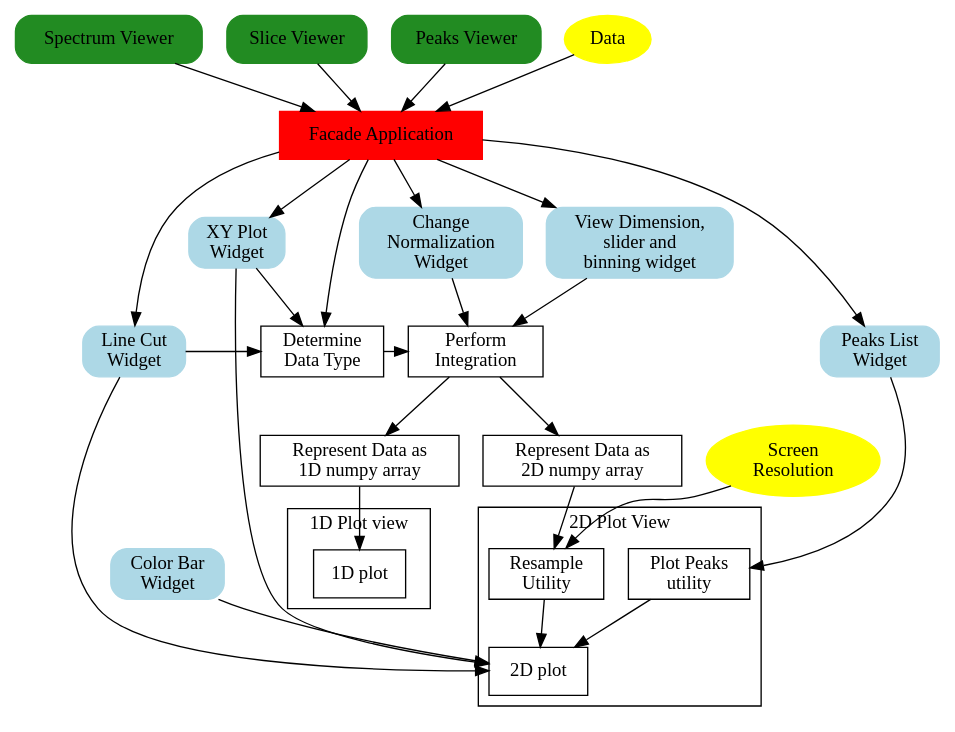
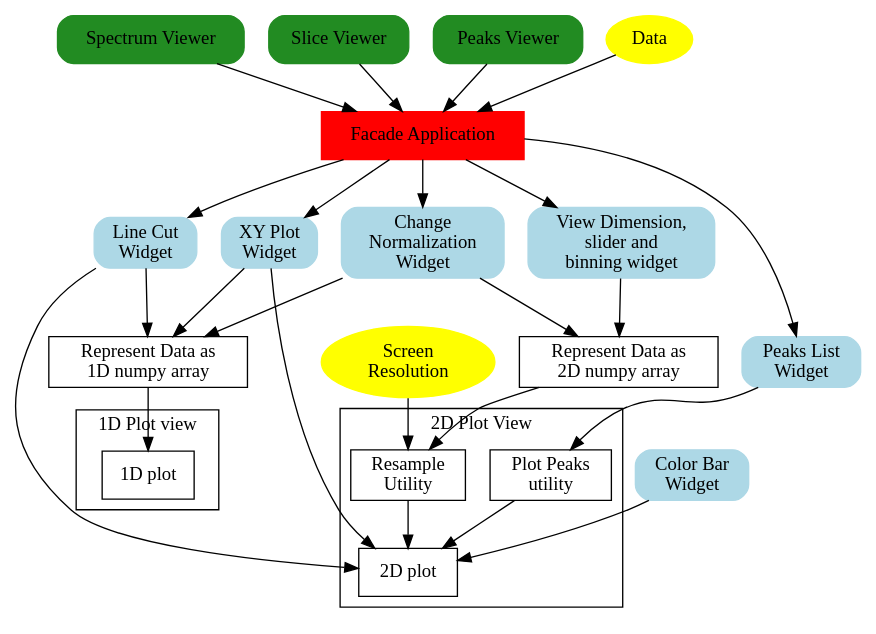
One commit to mantidproject/documents changed the diagram in Design/Workbench/Sliceviewer/widget_design.dot. Above: the diagram before and after it, drawn with Graphviz.

Commit message:
updated diagram to show spectrum viewer will not integrate data

```diff
--- a/Design/Workbench/Sliceviewer/widget_design.dot
+++ b/Design/Workbench/Sliceviewer/widget_design.dot
@@ -1,72 +1,73 @@
 digraph DiagramName{
 subgraph Apps{
 node [shape="box"color="forestgreen",style="rounded,filled"]
 Spec_view [label="Spectrum Viewer"]
 Slice_view [label="Slice Viewer"]
 Peaks_view [label="Peaks Viewer"]
 }
 Subgraph Widgets{
 node [shape="box"color="lightblue",style="rounded,filled"]
 
 color_bar_wid [label="Color Bar\nWidget"]
 XY_cut_wid [label="XY Plot\n Widget"]
 line_cut_wid [label="Line Cut\n Widget"]
 peaks_list_widget [label="Peaks List\n Widget"]
 dim_slide_widget [label="View Dimension, \nslider and \nbinning widget"]
 change_norm_wid [label="Change\n Normalization\n Widget"]
 }
 Subgraph Main_Facade{
 node [shape="box" color="red" style="filled"]
 Facade_App [label = "Facade Application"]
 }
 
 Subgraph Util{
 node [shape="box"]
 resample_util [label="Resample\n Utility"]
 Data_conv [label="Represent Data as\n 2D numpy array"]
 Data_conv1 [label="Represent Data as\n 1D numpy array"]
 plot_peaks [label="Plot Peaks\n utility"]
 mpl_wid [label="2D plot "]
 OneD_Plot[label="1D plot"]
-data_type [label="Determine\nData Type"]
-integration [label="Perform\n Integration"]
+#data_type [label="Determine\nData Type"]
+#integration [label="Perform\n Integration"]
+
 }
-subgraph level_group{
+/* subgraph level_group{
 rank=same
 integration
 peaks_list_widget
 line_cut_wid
 data_type
-}
+} */
 
 subgraph cluster_plot_2d{
 label="2D Plot View"
  resample_util
  plot_peaks
  mpl_wid
 }
 subgraph cluster_plot_1d{
 label="1D Plot view"
   OneD_Plot
 }
 
 subgraph info{
 node [color="yellow"style="filled"]
 Data [label="Data"]
 Screen_res [label="Screen\nResolution"]
 }
 
 
-{Spec_view,Slice_view,Peaks_view,Data} ->Facade_App ->{data_type,XY_cut_wid,
+{Spec_view,Slice_view,Peaks_view,Data} ->Facade_App ->{XY_cut_wid,
   line_cut_wid,peaks_list_widget,dim_slide_widget,change_norm_wid}
-  integration->{Data_conv,Data_conv1}
-  change_norm_wid->integration
+  change_norm_wid->{Data_conv,Data_conv1}
 peaks_list_widget -> plot_peaks->mpl_wid
 Data_conv->resample_util
-dim_slide_widget ->integration
+dim_slide_widget ->Data_conv
 Screen_res->resample_util
 {XY_cut_wid,resample_util,line_cut_wid}->mpl_wid
 color_bar_wid ->mpl_wid
-{line_cut_wid,XY_cut_wid}->data_type->integration
+{line_cut_wid}->Data_conv1
 Data_conv1->OneD_Plot
+XY_cut_wid->Data_conv1
 }
```
